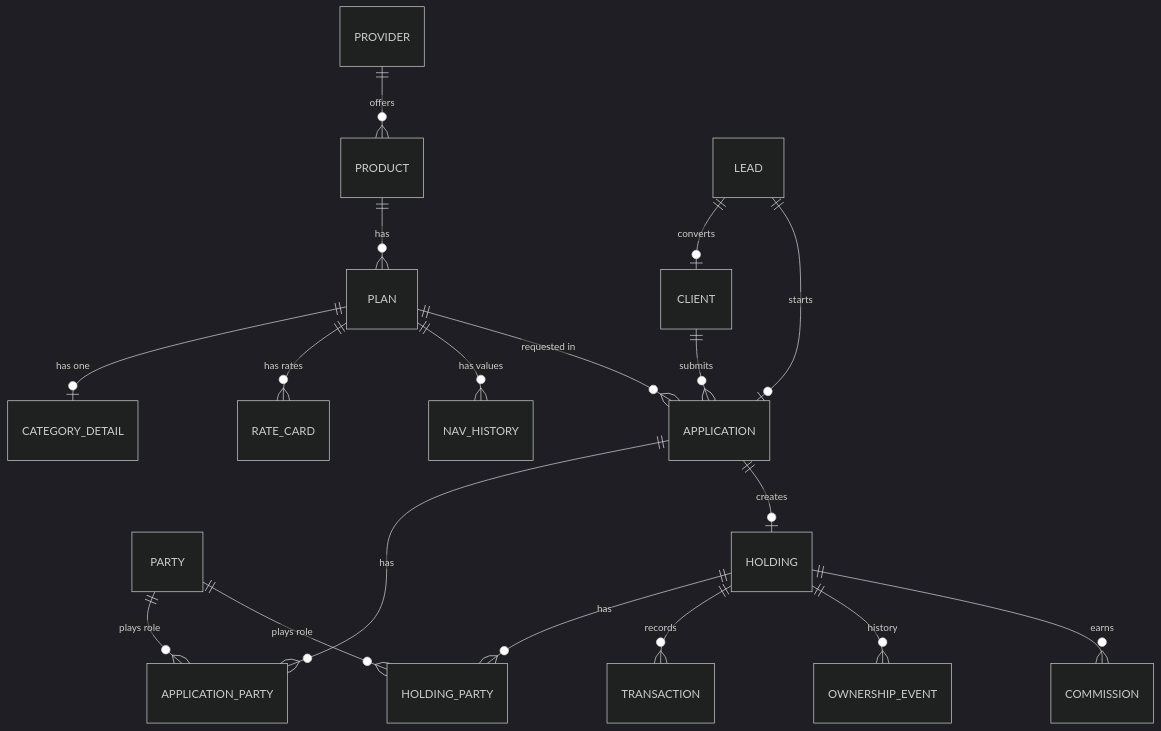
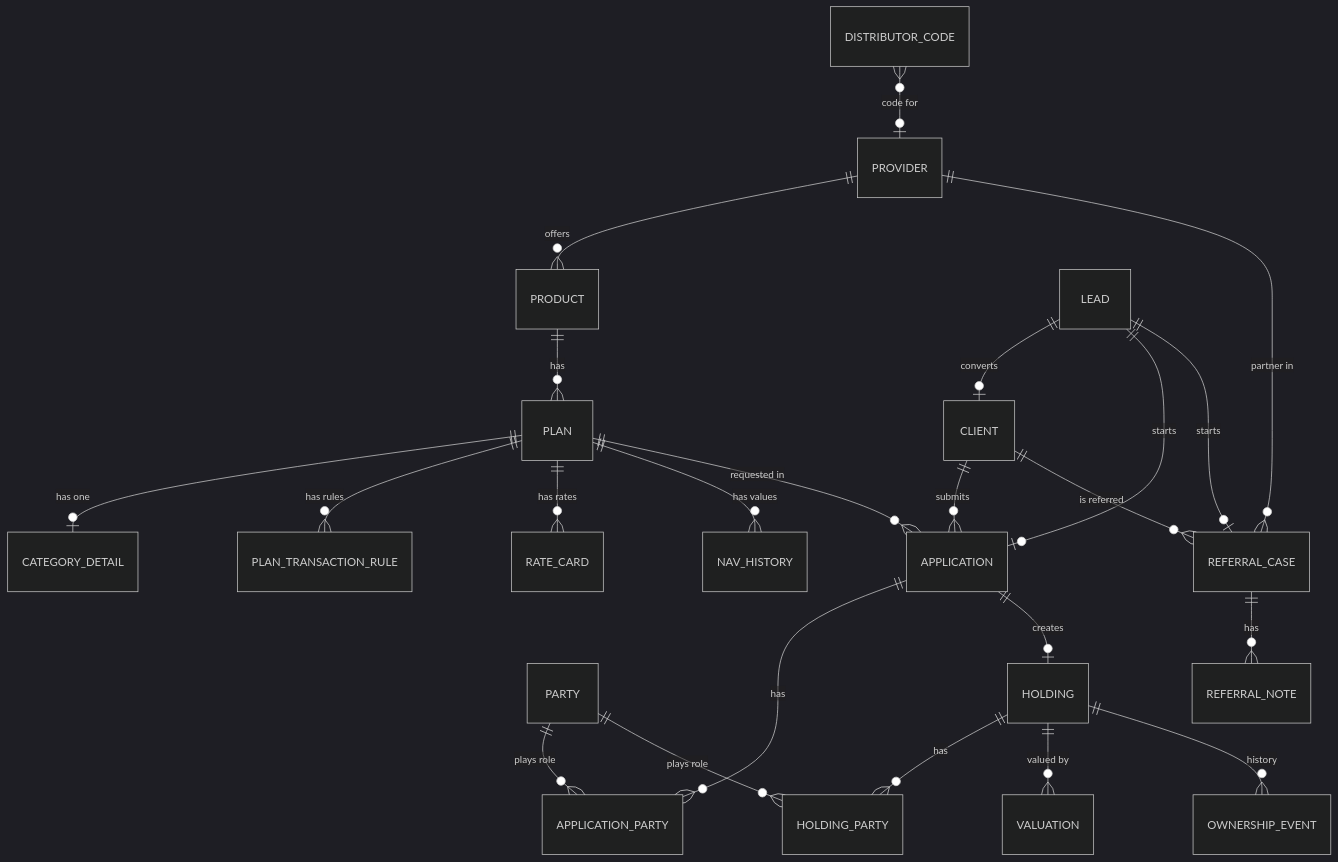
The second of 2 diagrams in docs/03-reference/data-model.md (knapsfs/dhanada), drawn with Mermaid (dark theme) before and after one commit. The commit also changed other lines of this file and 12 other files, not shown here.

````diff
--- a/docs/03-reference/data-model.md
+++ b/docs/03-reference/data-model.md
@@ -166,20 +179,25 @@
 ```mermaid
 erDiagram
     PROVIDER ||--o{ PRODUCT : offers
     PRODUCT ||--o{ PLAN : has
     PLAN ||--o| CATEGORY_DETAIL : "has one"
+    PLAN ||--o{ PLAN_TRANSACTION_RULE : "has rules"
     PLAN ||--o{ RATE_CARD : "has rates"
     PLAN ||--o{ NAV_HISTORY : "has values"
     CLIENT ||--o{ APPLICATION : submits
     PLAN ||--o{ APPLICATION : "requested in"
     APPLICATION ||--o{ APPLICATION_PARTY : has
     PARTY ||--o{ APPLICATION_PARTY : "plays role"
     APPLICATION ||--o| HOLDING : creates
     HOLDING ||--o{ HOLDING_PARTY : has
     PARTY ||--o{ HOLDING_PARTY : "plays role"
-    HOLDING ||--o{ TRANSACTION : records
+    HOLDING ||--o{ VALUATION : "valued by"
     HOLDING ||--o{ OWNERSHIP_EVENT : "history"
-    HOLDING ||--o{ COMMISSION : earns
+    CLIENT ||--o{ REFERRAL_CASE : "is referred"
+    PROVIDER ||--o{ REFERRAL_CASE : "partner in"
+    REFERRAL_CASE ||--o{ REFERRAL_NOTE : has
+    DISTRIBUTOR_CODE }o--o| PROVIDER : "code for"
     LEAD ||--o| CLIENT : converts
     LEAD ||--o| APPLICATION : "starts"
+    LEAD ||--o| REFERRAL_CASE : "starts"
 ```
````
